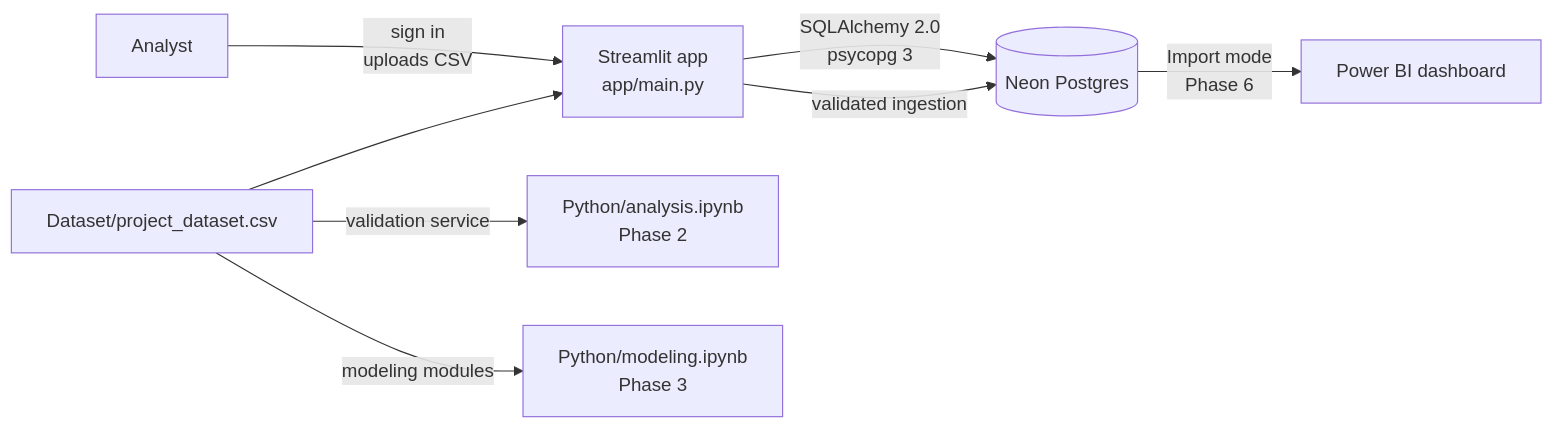
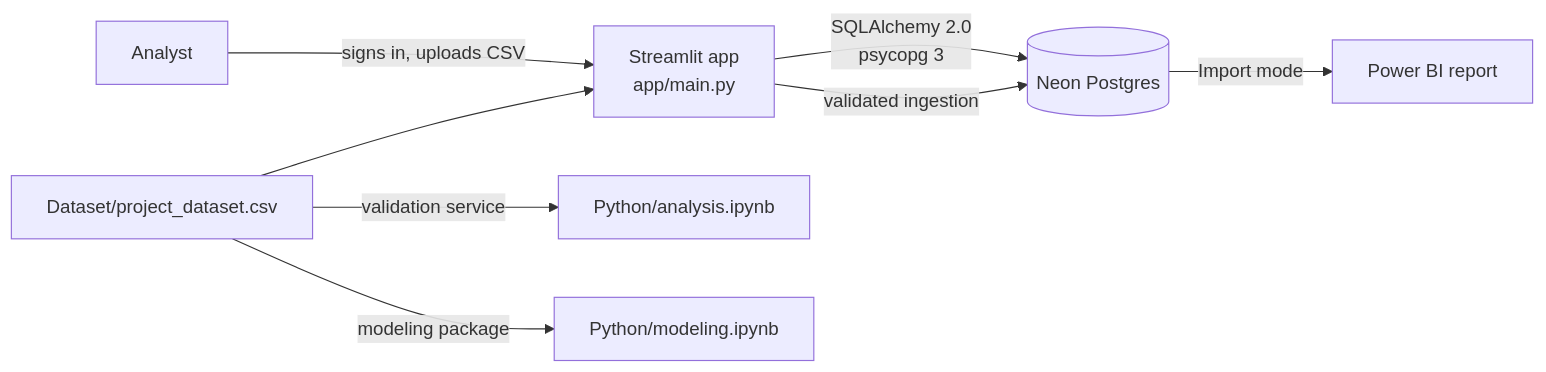
One commit to theliteraturepaul/cronus changed the diagram in README.md. Above: the diagram before and after it, drawn with Mermaid. The commit also changed other lines of this file and 19 other files, not shown here.

````diff
--- a/README.md
+++ b/README.md
@@ -95,10 +81,10 @@
 ```mermaid
 flowchart LR
-    analyst[Analyst] -->|sign in<br/>uploads CSV| streamlit[Streamlit app<br/>app/main.py]
+    analyst[Analyst] -->|signs in, uploads CSV| streamlit[Streamlit app<br/>app/main.py]
     csv[Dataset/project_dataset.csv] --> streamlit
-    csv -->|validation service| notebook[Python/analysis.ipynb<br/>Phase 2]
-    csv -->|modeling modules| modeling[Python/modeling.ipynb<br/>Phase 3]
+    csv -->|validation service| analysis[Python/analysis.ipynb]
+    csv -->|modeling package| modeling[Python/modeling.ipynb]
     streamlit -->|SQLAlchemy 2.0<br/>psycopg 3| neon[(Neon Postgres)]
-    neon -->|Import mode<br/>Phase 6| powerbi[Power BI dashboard]
+    neon -->|Import mode| powerbi[Power BI report]
     streamlit -->|validated ingestion| neon
 ```
````
